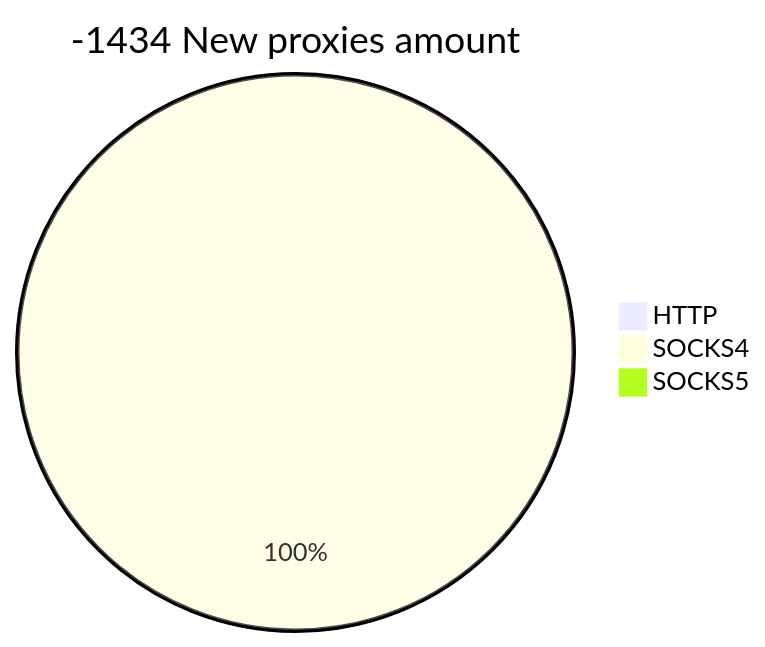
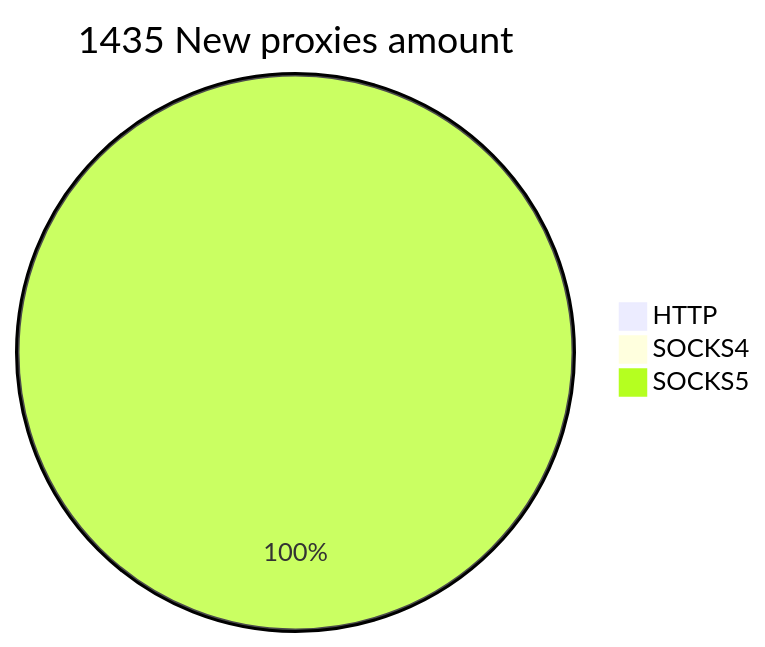
Before and after one commit to cutipu/proxylist: the second of 2 diagrams in README.md, drawn with Mermaid. The commit also changed other lines of this file, not shown here.

````diff
--- a/README.md
+++ b/README.md
@@ -10,6 +10,6 @@
 ```mermaid
-pie title -1434 New proxies amount
+pie title 1435 New proxies amount
     "HTTP" : 0
-    "SOCKS4" : 1
-    "SOCKS5" : 0
+    "SOCKS4" : 0
+    "SOCKS5" : 1435
 ```
````
